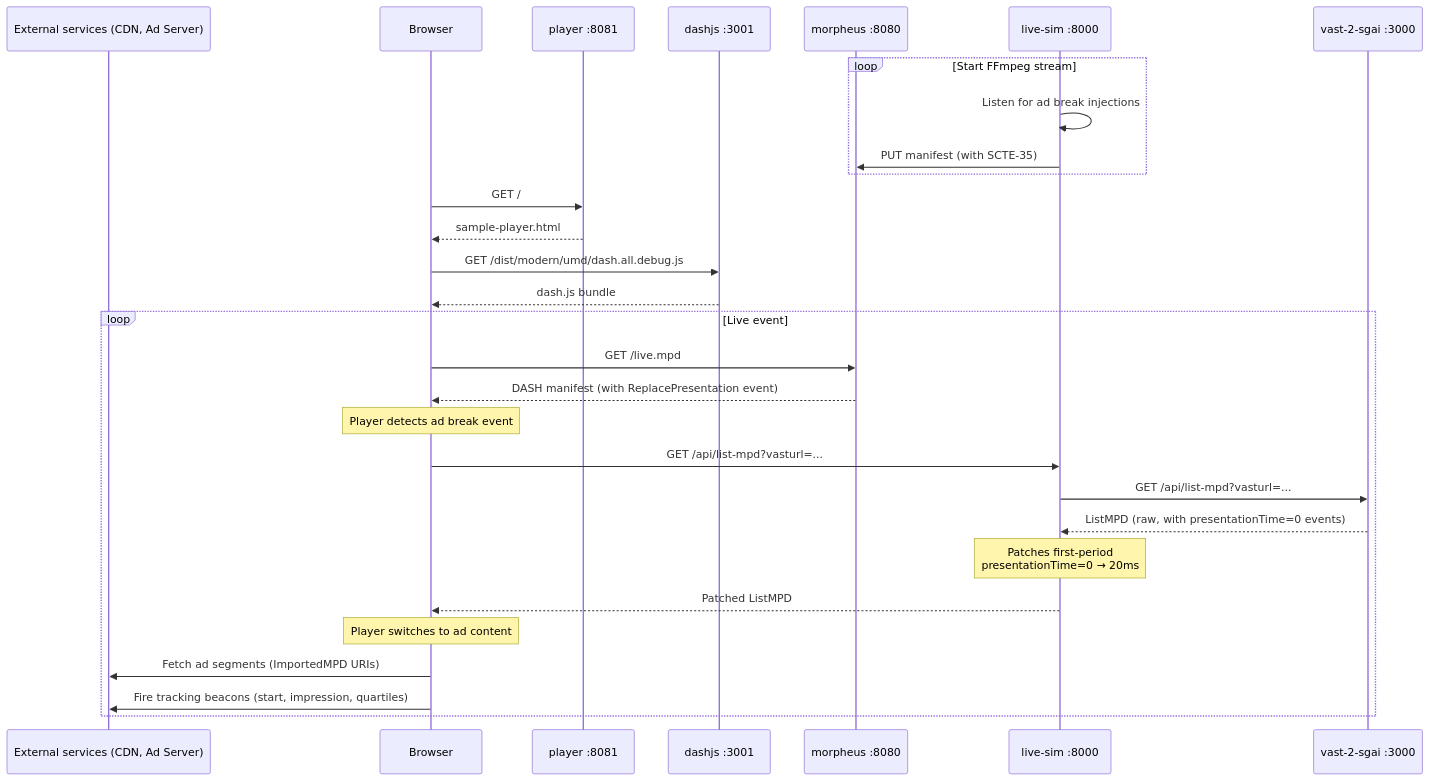
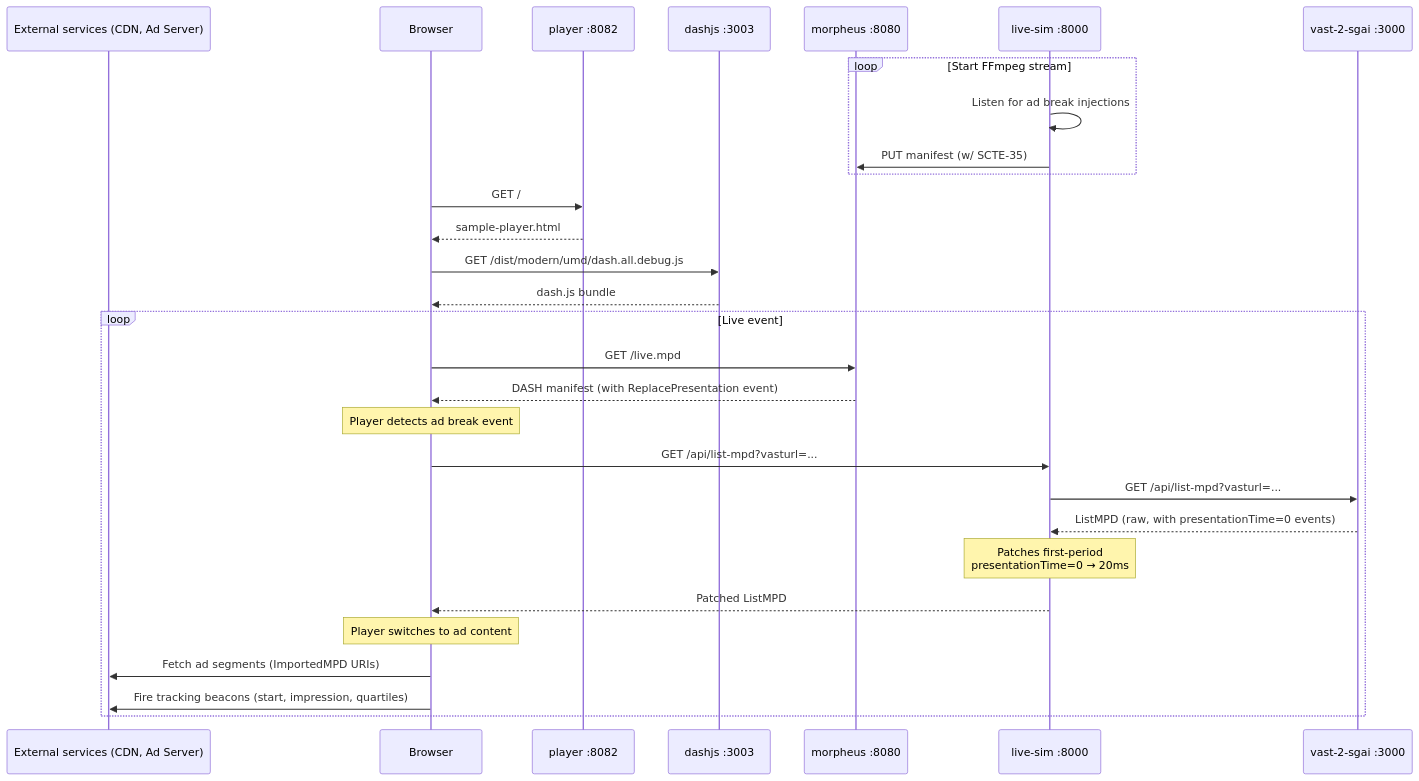
Before and after one commit to qualabs/sgai-demo: the first of 2 diagrams in README.md, drawn with Mermaid. The commit also changed other lines of this file and 4 other files, not shown here.

````diff
--- a/README.md
+++ b/README.md
@@ -11,35 +12,35 @@
 ```mermaid
 sequenceDiagram
     participant A as External services (CDN, Ad Server)
     participant B as Browser
-    participant P as player :8081
-    participant D as dashjs :3001
+    participant P as player :8082
+    participant D as dashjs :3003
     participant M as morpheus :8080
     participant L as live-sim :8000
     participant V as vast-2-sgai :3000
 
     loop Start FFmpeg stream
         L->>L: Listen for ad break injections
-        L->>M: PUT manifest (with SCTE-35)
+        L->>M: PUT manifest (w/ SCTE-35)
     end
     B->>P: GET /
     P-->>B: sample-player.html
     B->>D: GET /dist/modern/umd/dash.all.debug.js
     D-->>B: dash.js bundle
 
     loop Live event
         B->>M: GET /live.mpd
         M-->>B: DASH manifest (with ReplacePresentation event)
         
         Note over B: Player detects ad break event
         B->>L: GET /api/list-mpd?vasturl=...
         L->>V: GET /api/list-mpd?vasturl=...
         V-->>L: ListMPD (raw, with presentationTime=0 events)
         Note over L: Patches first-period<br/>presentationTime=0 → 20ms
         L-->>B: Patched ListMPD
 
         Note over B: Player switches to ad content
         B->>A: Fetch ad segments (ImportedMPD URIs)
         B->>A: Fire tracking beacons (start, impression, quartiles)
     end
 ```
````
